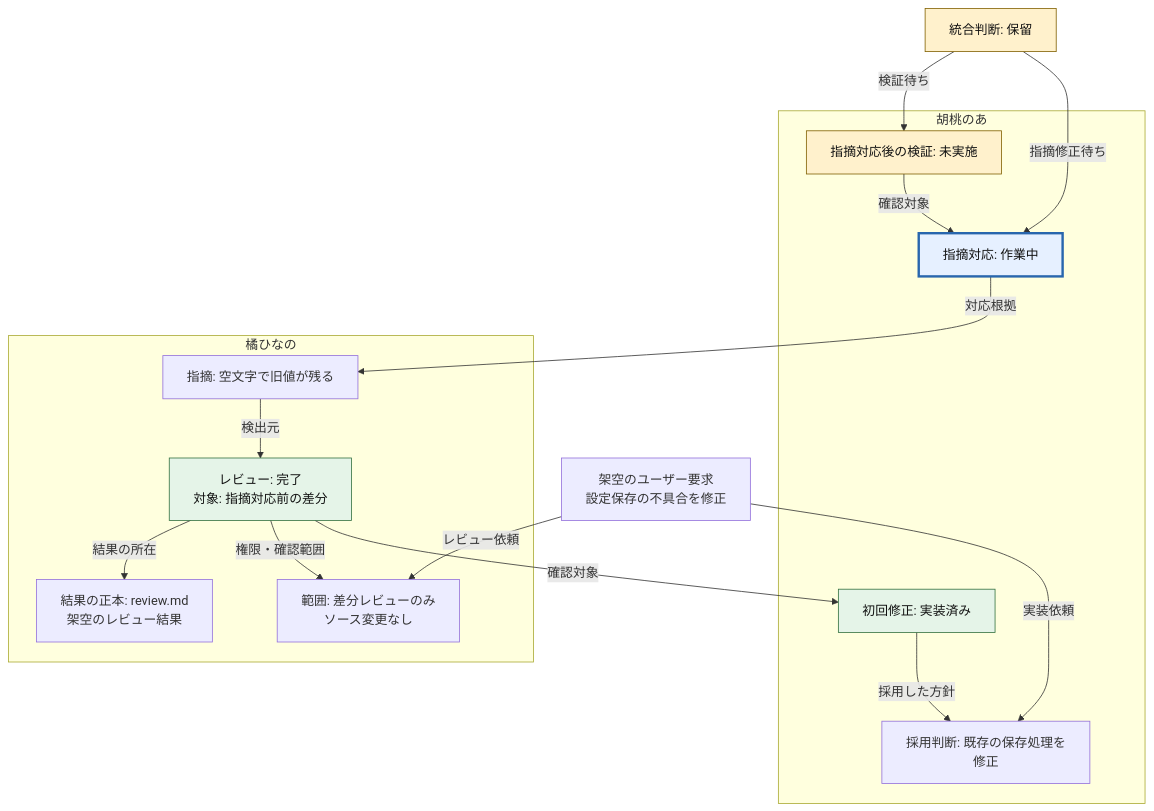
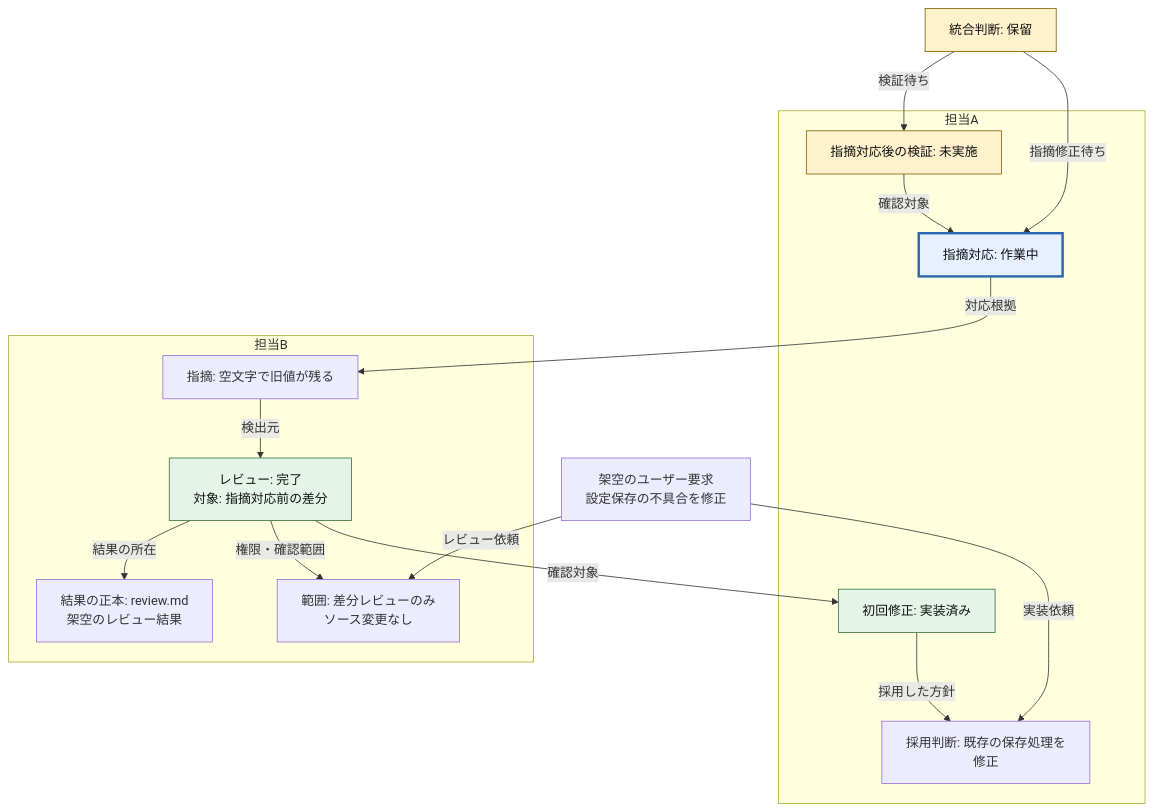
The diagram in skills/session-graph/assets/settings-save.mmd (natumekazuki/.codex), drawn with Mermaid before and after one commit. The commit also changed 1 other file, not shown here.

Commit message:
docs(session-graph): サンプルの人名とIDを中立化

```diff
--- a/skills/session-graph/assets/settings-save.mmd
+++ b/skills/session-graph/assets/settings-save.mmd
@@ -1,33 +1,33 @@
 flowchart TB
     %% 架空の説明例。Character・役割・結果・根拠pathは実作業の事実ではない。
     R_request["架空のユーザー要求<br/>設定保存の不具合を修正"]
 
-    subgraph NOA["胡桃のあ"]
+    subgraph ACTOR_A["担当A"]
         D_fix["採用判断: 既存の保存処理を修正"]
         I_patch["初回修正: 実装済み"]:::done
         I_follow["指摘対応: 作業中"]:::active
         Q_retest["指摘対応後の検証: 未実施"]:::pending
     end
 
-    subgraph HINA["橘ひなの"]
+    subgraph ACTOR_B["担当B"]
         R_scope["範囲: 差分レビューのみ<br/>ソース変更なし"]
         V_review["レビュー: 完了<br/>対象: 指摘対応前の差分"]:::done
         F_empty["指摘: 空文字で旧値が残る"]
         E_report["結果の正本: review.md<br/>架空のレビュー結果"]
     end
 
     Q_accept["統合判断: 保留"]:::pending
     R_request -->|実装依頼| D_fix
     R_request -->|レビュー依頼| R_scope
     I_patch -->|採用した方針| D_fix
     V_review -->|確認対象| I_patch
     V_review -->|権限・確認範囲| R_scope
     V_review -->|結果の所在| E_report
     F_empty -->|検出元| V_review
     I_follow -->|対応根拠| F_empty
     Q_retest -->|確認対象| I_follow
     Q_accept -->|指摘修正待ち| I_follow
     Q_accept -->|検証待ち| Q_retest
     classDef active fill:#e6f0ff,stroke:#2866ad,color:#111,stroke-width:3px
     classDef pending fill:#fff1cc,stroke:#806000,color:#111
     classDef done fill:#e5f4e8,stroke:#32703f,color:#111
```
